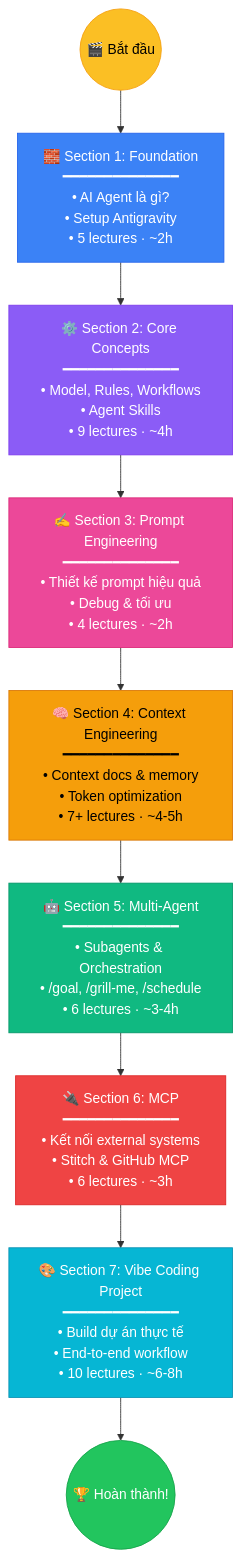
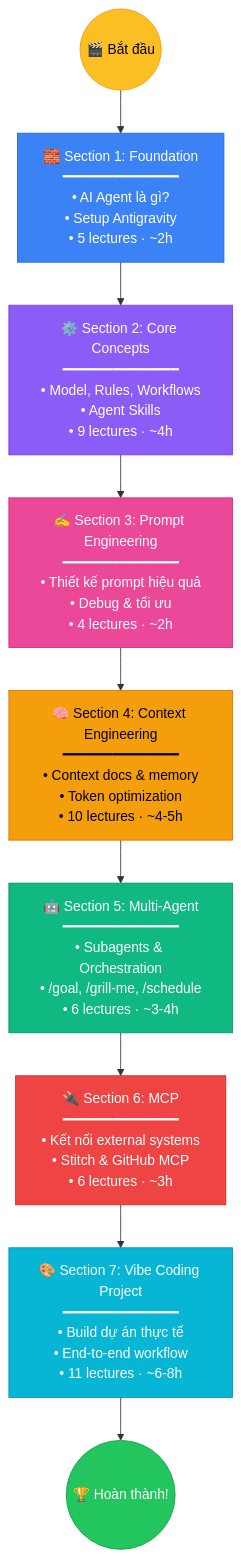
Before and after one commit to thanhmati/antigravity-vibe-coding-course: the first of 3 diagrams in docs/ROADMAP.md, drawn with Mermaid. The commit also changed 8 other files, not shown here.

````diff
--- a/docs/ROADMAP.md
+++ b/docs/ROADMAP.md
@@ -9,30 +9,30 @@
 ```mermaid
 graph TD
     START(("🎬 Bắt đầu")) --> S1
 
     S1["🧱 Section 1: Foundation\n━━━━━━━━━━━━━━\n• AI Agent là gì?\n• Setup Antigravity\n• 5 lectures · ~2h"]
 
     S1 --> S2["⚙️ Section 2: Core Concepts\n━━━━━━━━━━━━━━\n• Model, Rules, Workflows\n• Agent Skills\n• 9 lectures · ~4h"]
 
     S2 --> S3["✍️ Section 3: Prompt Engineering\n━━━━━━━━━━━━━━\n• Thiết kế prompt hiệu quả\n• Debug & tối ưu\n• 4 lectures · ~2h"]
 
-    S3 --> S4["🧠 Section 4: Context Engineering\n━━━━━━━━━━━━━━\n• Context docs & memory\n• Token optimization\n• 7+ lectures · ~4-5h"]
+    S3 --> S4["🧠 Section 4: Context Engineering\n━━━━━━━━━━━━━━\n• Context docs & memory\n• Token optimization\n• 10 lectures · ~4-5h"]
 
     S4 --> S5["🤖 Section 5: Multi-Agent\n━━━━━━━━━━━━━━\n• Subagents & Orchestration\n• /goal, /grill-me, /schedule\n• 6 lectures · ~3-4h"]
 
     S5 --> S6["🔌 Section 6: MCP\n━━━━━━━━━━━━━━\n• Kết nối external systems\n• Stitch & GitHub MCP\n• 6 lectures · ~3h"]
 
-    S6 --> S7["🎨 Section 7: Vibe Coding Project\n━━━━━━━━━━━━━━\n• Build dự án thực tế\n• End-to-end workflow\n• 10 lectures · ~6-8h"]
+    S6 --> S7["🎨 Section 7: Vibe Coding Project\n━━━━━━━━━━━━━━\n• Build dự án thực tế\n• End-to-end workflow\n• 11 lectures · ~6-8h"]
 
     S7 --> FINISH(("🏆 Hoàn thành!"))
 
     style START fill:#fbbf24,stroke:#f59e0b,color:#000
     style S1 fill:#3b82f6,stroke:#2563eb,color:#fff
     style S2 fill:#8b5cf6,stroke:#7c3aed,color:#fff
     style S3 fill:#ec4899,stroke:#db2777,color:#fff
     style S4 fill:#f59e0b,stroke:#d97706,color:#000
     style S5 fill:#10b981,stroke:#059669,color:#fff
     style S6 fill:#ef4444,stroke:#dc2626,color:#fff
     style S7 fill:#06b6d4,stroke:#0891b2,color:#fff
     style FINISH fill:#22c55e,stroke:#16a34a,color:#fff
 ```
````
